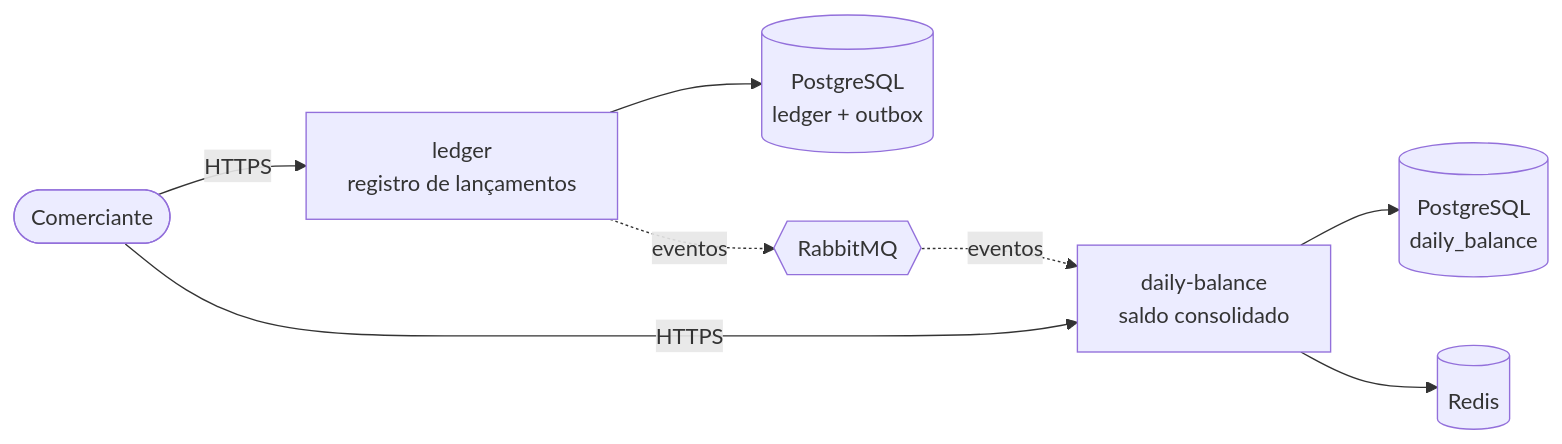
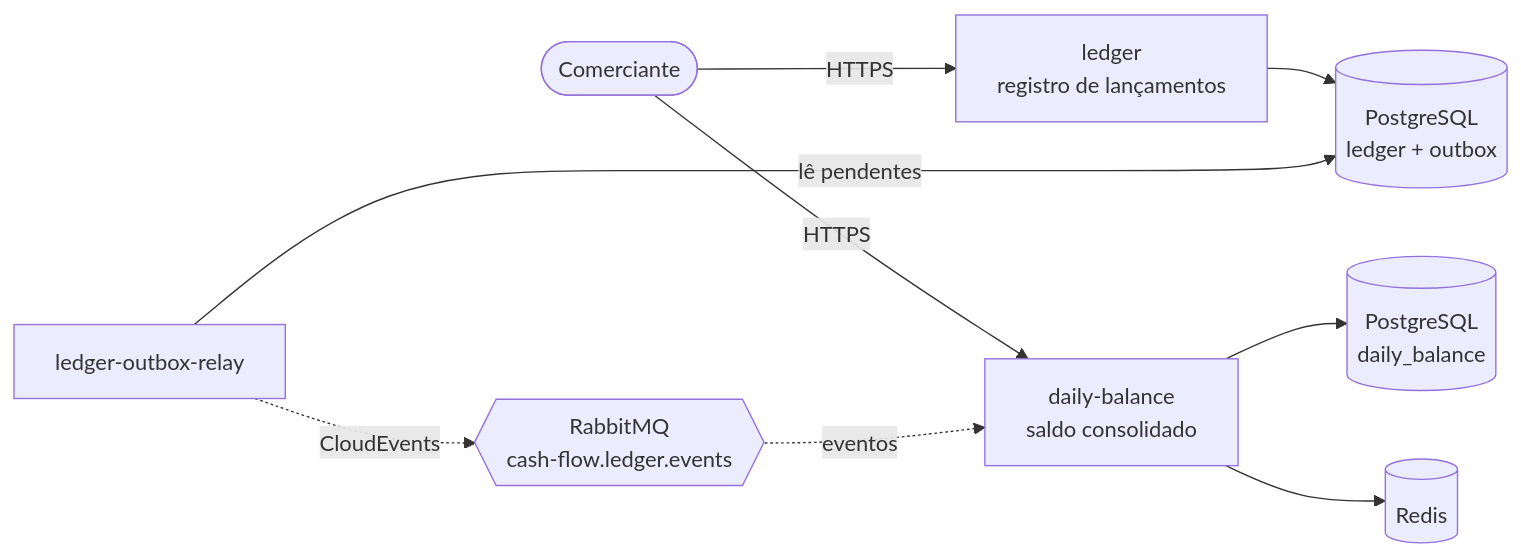
The diagram in README.md (joaorizzont/cash-flow-test), drawn with Mermaid before and after one commit. The commit also changed other lines of this file and 46 other files, not shown here.

First line of the commit message:
feat(ledger): publish outbox events to rabbitmq through a relay (phase 3)

````diff
--- a/README.md
+++ b/README.md
@@ -11,10 +11,11 @@
 ```mermaid
 flowchart LR
   C(["Comerciante"]) -->|HTTPS| L["ledger<br/>registro de lançamentos"]
   C -->|HTTPS| D["daily-balance<br/>saldo consolidado"]
   L --> LDB[("PostgreSQL<br/>ledger + outbox")]
-  L -. eventos .-> B{{"RabbitMQ"}}
+  O["ledger-outbox-relay"] -->|lê pendentes| LDB
+  O -. CloudEvents .-> B{{"RabbitMQ<br/>cash-flow.ledger.events"}}
   B -. eventos .-> D
   D --> DDB[("PostgreSQL<br/>daily_balance")]
   D --> R[("Redis")]
 ```
````
